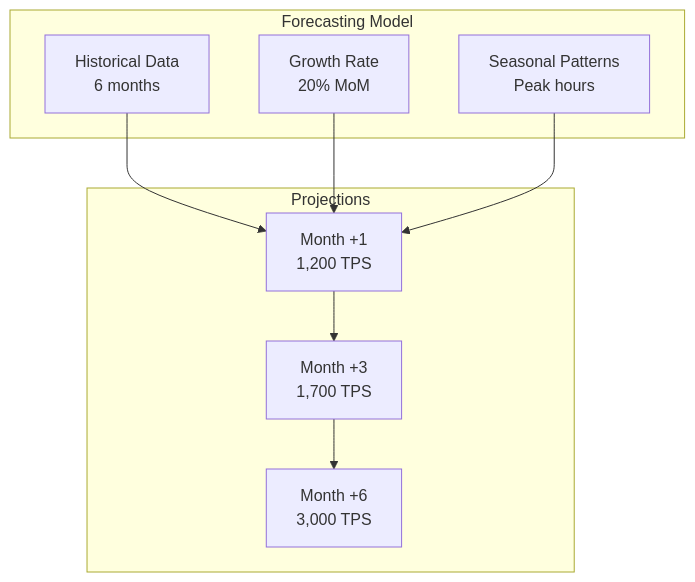
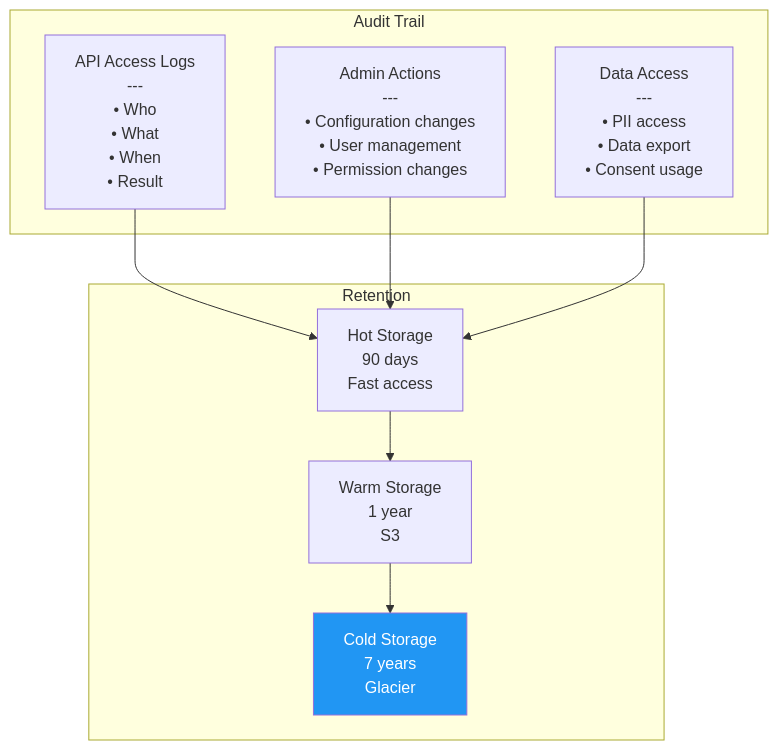
One commit to huuhoait/openbanking-vn-specs changed diagram 16 of 18 in 10-Van-hanh-va-NFR.md. Above: the diagram before and after it, drawn with Mermaid. The commit also changed other lines of this file and 14 other files, not shown here.

````diff
--- a/10-Van-hanh-va-NFR.md
+++ b/10-Van-hanh-va-NFR.md
@@ -549,21 +535,27 @@
 ```mermaid
 graph TB
-    subgraph "Forecasting Model"
-        Historical[Historical Data<br/>6 months]
-        Growth[Growth Rate<br/>20% MoM]
-        Seasonal[Seasonal Patterns<br/>Peak hours]
+    subgraph "Audit Trail"
+        API[API Access Logs<br/>---<br/>• Who<br/>• What<br/>• When<br/>• Result]
+        
+        Admin[Admin Actions<br/>---<br/>• Configuration changes<br/>• User management<br/>• Permission changes]
+        
+        Data[Data Access<br/>---<br/>• PII access<br/>• Data export<br/>• Consent usage]
     end
     
-    subgraph "Projections"
-        Month1[Month +1<br/>1,200 TPS]
-        Month3[Month +3<br/>1,700 TPS]
-        Month6[Month +6<br/>3,000 TPS]
+    subgraph "Retention"
+        Hot[Hot Storage<br/>90 days<br/>Fast access]
+        
+        Warm[Warm Storage<br/>1 year<br/>S3]
+        
+        Cold[Cold Storage<br/>7 years<br/>Glacier]
     end
     
-    Historical --> Month1
-    Growth --> Month1
-    Seasonal --> Month1
+    API --> Hot
+    Admin --> Hot
+    Data --> Hot
     
-    Month1 --> Month3
-    Month3 --> Month6
+    Hot --> Warm
+    Warm --> Cold
+    
+    style Cold fill:#2196f3,color:#fff
 ```
````
